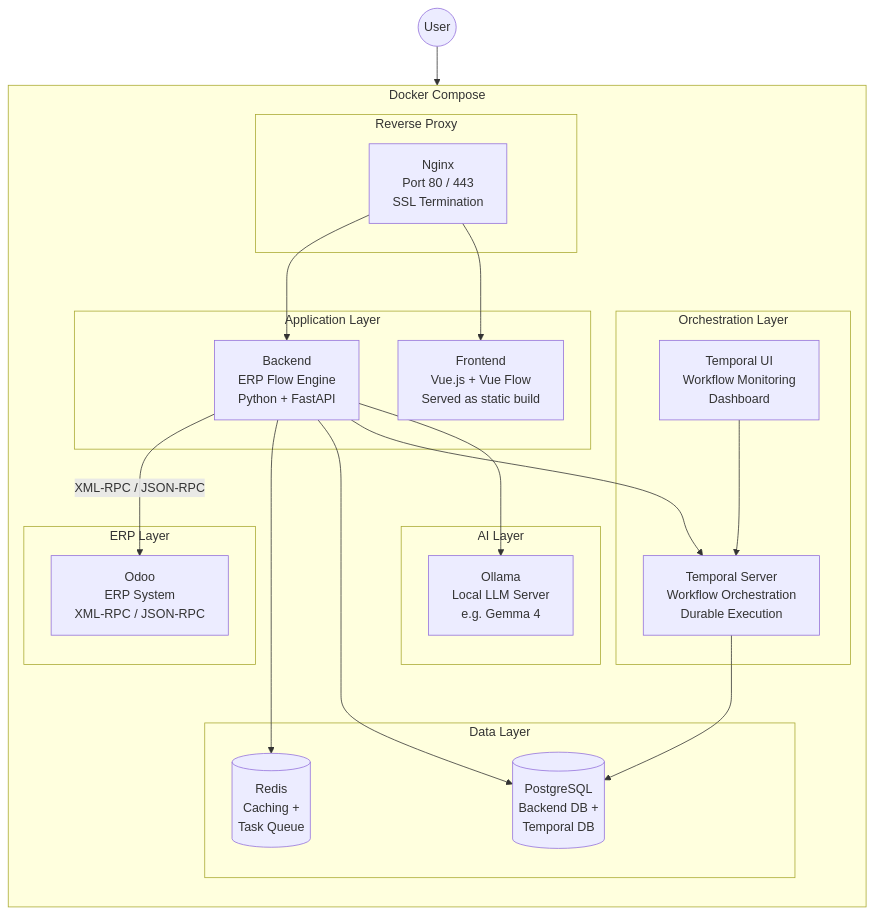
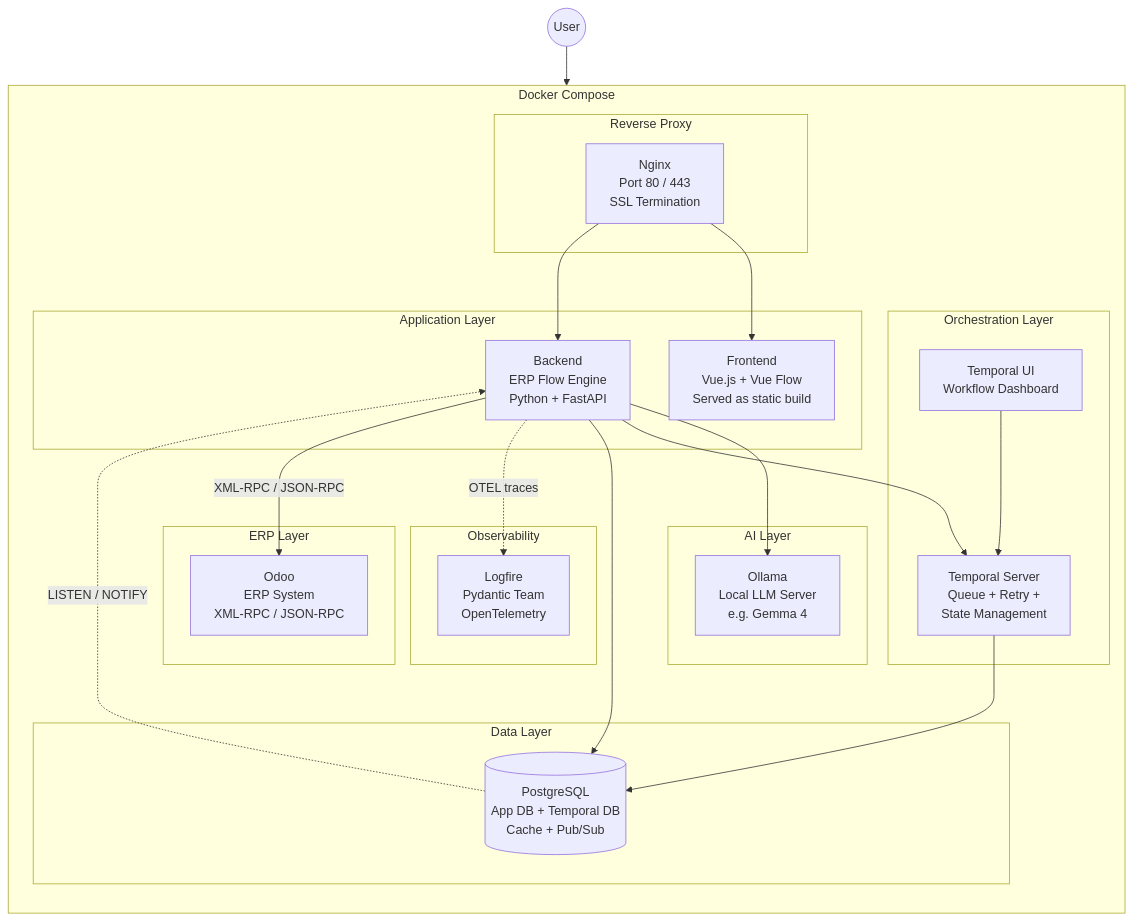
The diagram in docs/infrastructure.md (remitoudic/ERP_Flow), drawn with Mermaid before and after one commit. The commit also changed other lines of this file, not shown here.

Commit message:
Replace Redis with PostgreSQL caching/pub-sub, add Logfire monitoring, clarify Temporal role

````diff
--- a/docs/infrastructure.md
+++ b/docs/infrastructure.md
@@ -11,44 +11,48 @@
 ```mermaid
 graph TB
     subgraph Docker Compose
         direction TB
 
         subgraph Reverse Proxy
             NGINX[Nginx<br/>Port 80 / 443<br/>SSL Termination]
         end
 
         subgraph Application Layer
             FE[Frontend<br/>Vue.js + Vue Flow<br/>Served as static build]
             BE[Backend<br/>ERP Flow Engine<br/>Python + FastAPI]
         end
 
         subgraph AI Layer
             LLM[Ollama<br/>Local LLM Server<br/>e.g. Gemma 4]
         end
 
         subgraph Orchestration Layer
-            TEMPORAL[Temporal Server<br/>Workflow Orchestration<br/>Durable Execution]
-            TEMPORAL_UI[Temporal UI<br/>Workflow Monitoring<br/>Dashboard]
+            TEMPORAL[Temporal Server<br/>Queue + Retry +<br/>State Management]
+            TEMPORAL_UI[Temporal UI<br/>Workflow Dashboard]
+        end
+
+        subgraph Observability
+            LOGFIRE[Logfire<br/>Pydantic Team<br/>OpenTelemetry]
         end
 
         subgraph Data Layer
-            PG[(PostgreSQL<br/>Backend DB +<br/>Temporal DB)]
-            REDIS[(Redis<br/>Caching +<br/>Task Queue)]
+            PG[(PostgreSQL<br/>App DB + Temporal DB<br/>Cache + Pub/Sub)]
         end
 
         subgraph ERP Layer
             ODOO[Odoo<br/>ERP System<br/>XML-RPC / JSON-RPC]
         end
     end
 
     USER((User)) --> NGINX
     NGINX --> FE
     NGINX --> BE
     BE --> LLM
     BE --> TEMPORAL
     BE --> PG
-    BE --> REDIS
+    BE -.->|OTEL traces| LOGFIRE
     BE -->|XML-RPC / JSON-RPC| ODOO
     TEMPORAL --> PG
     TEMPORAL_UI --> TEMPORAL
+    PG -.->|LISTEN / NOTIFY| BE
 ```
````
